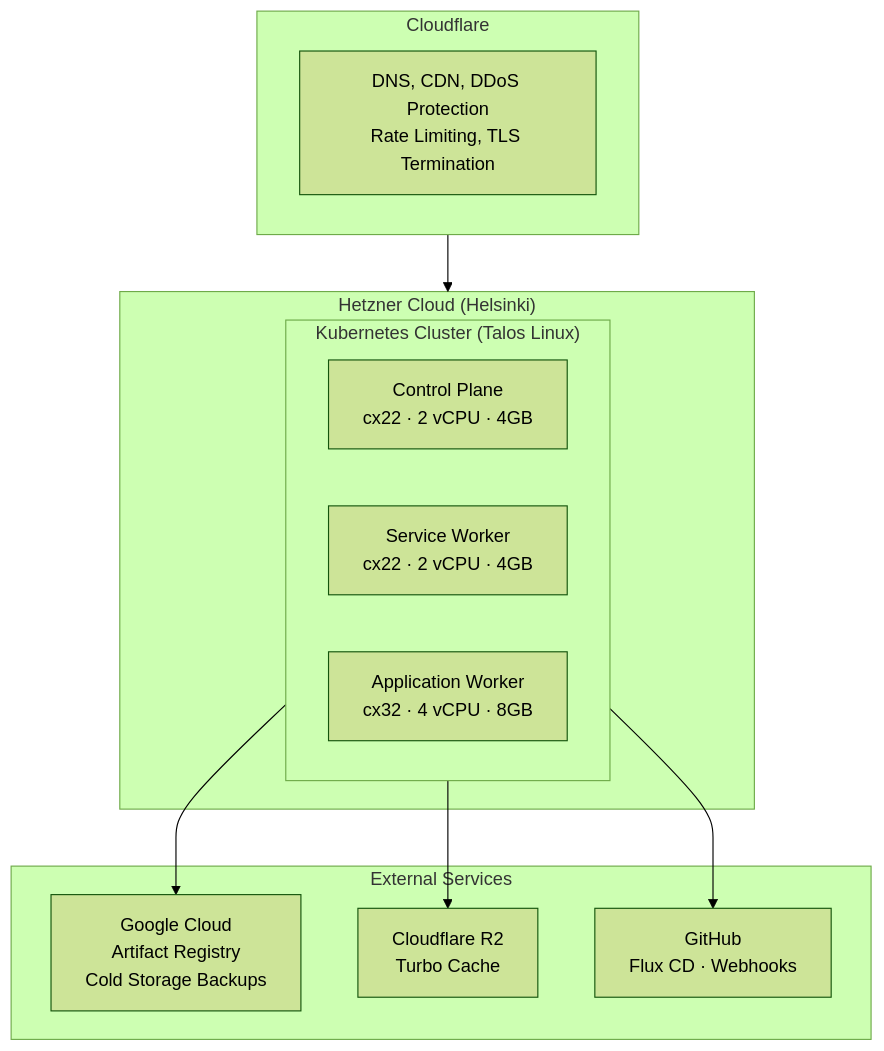
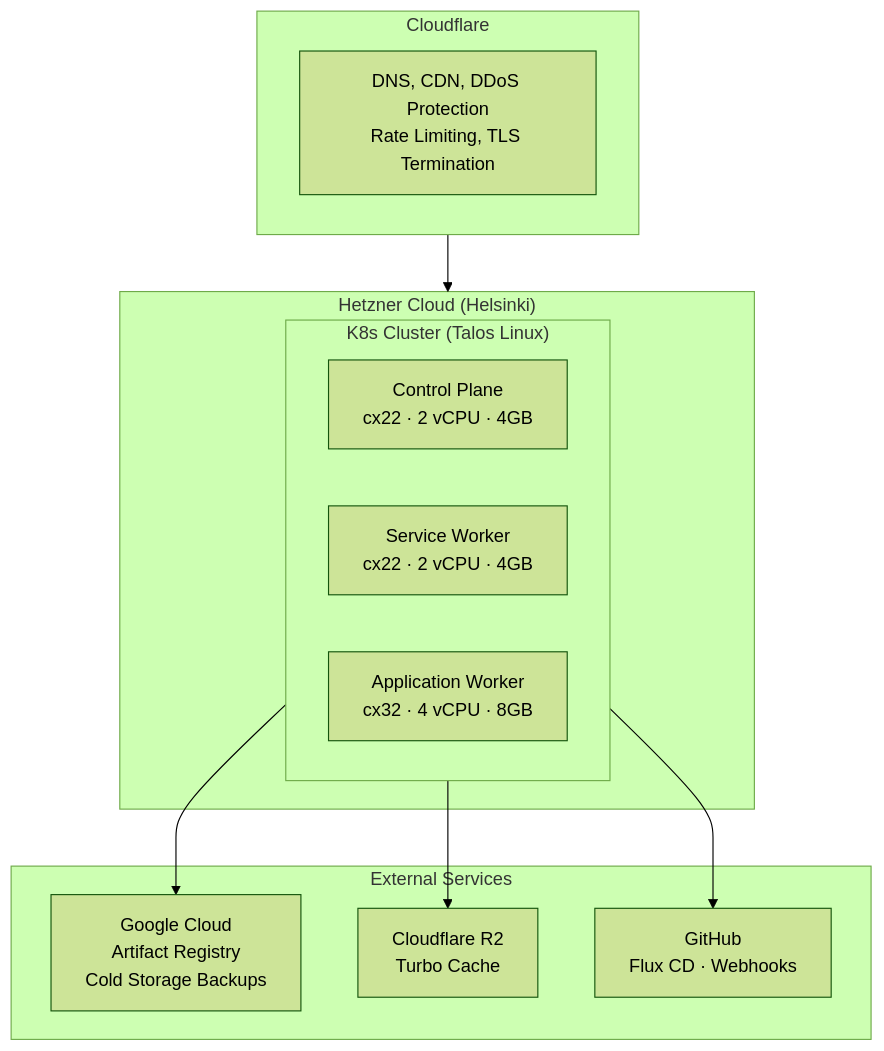
Before and after one commit to gift-fight/gift-fight-infra: the diagram in README.md, drawn with Mermaid (forest theme).

````diff
--- a/README.md
+++ b/README.md
@@ -9,25 +9,25 @@
 ```mermaid
 flowchart TB
     subgraph CF["Cloudflare"]
         CF_SERVICES["DNS, CDN, DDoS Protection\nRate Limiting, TLS Termination"]
     end
 
     subgraph HETZNER["Hetzner Cloud (Helsinki)"]
-        subgraph K8S["Kubernetes Cluster (Talos Linux)"]
+        subgraph K8S["K8s Cluster (Talos Linux)"]
             CP["Control Plane\ncx22 · 2 vCPU · 4GB"]
             SW["Service Worker\ncx22 · 2 vCPU · 4GB"]
             AW["Application Worker\ncx32 · 4 vCPU · 8GB"]
         end
     end
 
     subgraph SERVICES["External Services"]
         GCP["Google Cloud\nArtifact Registry\nCold Storage Backups"]
         R2["Cloudflare R2\nTurbo Cache"]
         GH["GitHub\nFlux CD · Webhooks"]
     end
 
     CF --> HETZNER
     K8S --> GCP
     K8S --> R2
     K8S --> GH
 ```
````
